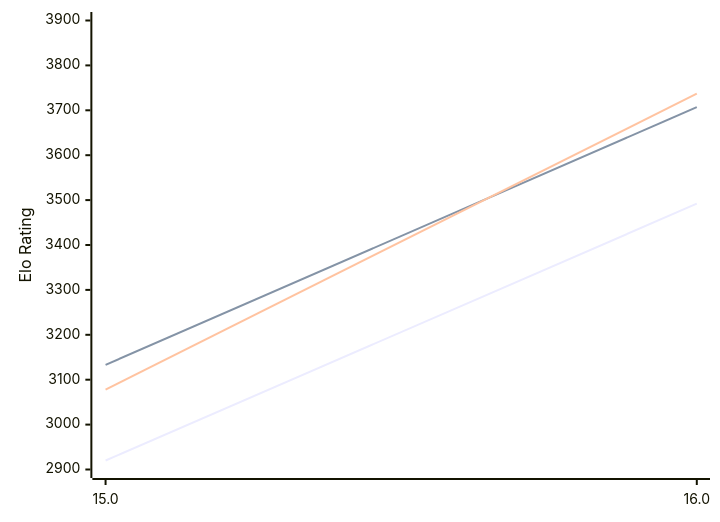
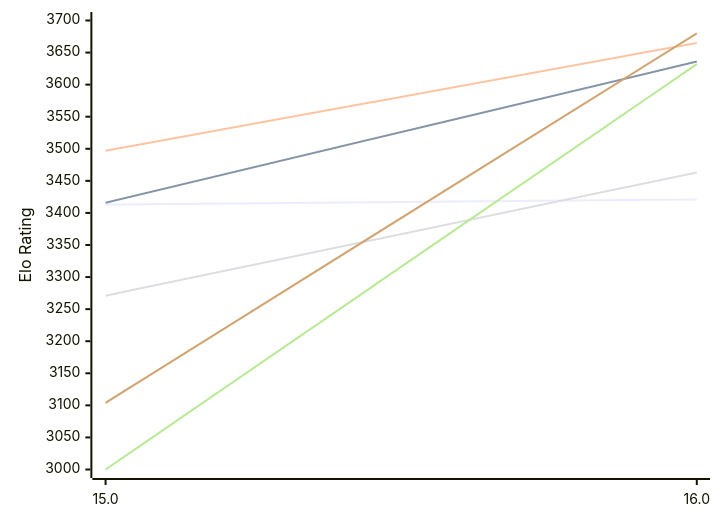
Before and after one commit to computer-chess-index/cci: the first of 2 diagrams in engines/Obsidian.md, drawn with Mermaid. The commit also changed other lines of this file, not shown here.

Commit message:
Update CCI Ratings (ELO VLTC) - 2026-11-13

````diff
--- a/engines/Obsidian.md
+++ b/engines/Obsidian.md
@@ -52,12 +52,12 @@
 ```mermaid
 %%{init: {"theme":"base","themeVariables":{"seriesColors:['#a3a3a3','#222221','#faa371']}}}%%
 xychart-beta
   x-axis ["15.0", "16.0"]
-  y-axis "Elo Rating" 2900 --> 3900
-  line "E1: STC (8.0+0.08s)" [2920, 3492]
-  line "E1: LTC (60.0+0.60s)" [3133, 3707]
-  line "E1: VLTC (2m24s+1.12s)" [3078, 3737]
-  line "P1: STC (8.0+0.08s)" [3630]
-  line "P1: LTC (60.0+0.60s)" [3799]
-  line "P1: VLTC (2m24s+1.12s)" [3848]
+  y-axis "Elo Rating" 3000 --> 3700
+  line "E1: STC (8.0+0.08s)" [3413, 3421]
+  line "E1: LTC (60.0+0.60s)" [3416, 3636]
+  line "E1: VLTC (2m24s+1.12s)" [3497, 3665]
+  line "P1: STC (8.0+0.08s)" [3271, 3463]
+  line "P1: LTC (60.0+0.60s)" [3000, 3632]
+  line "P1: VLTC (2m24s+1.12s)" [3104, 3680]
 ```
````
